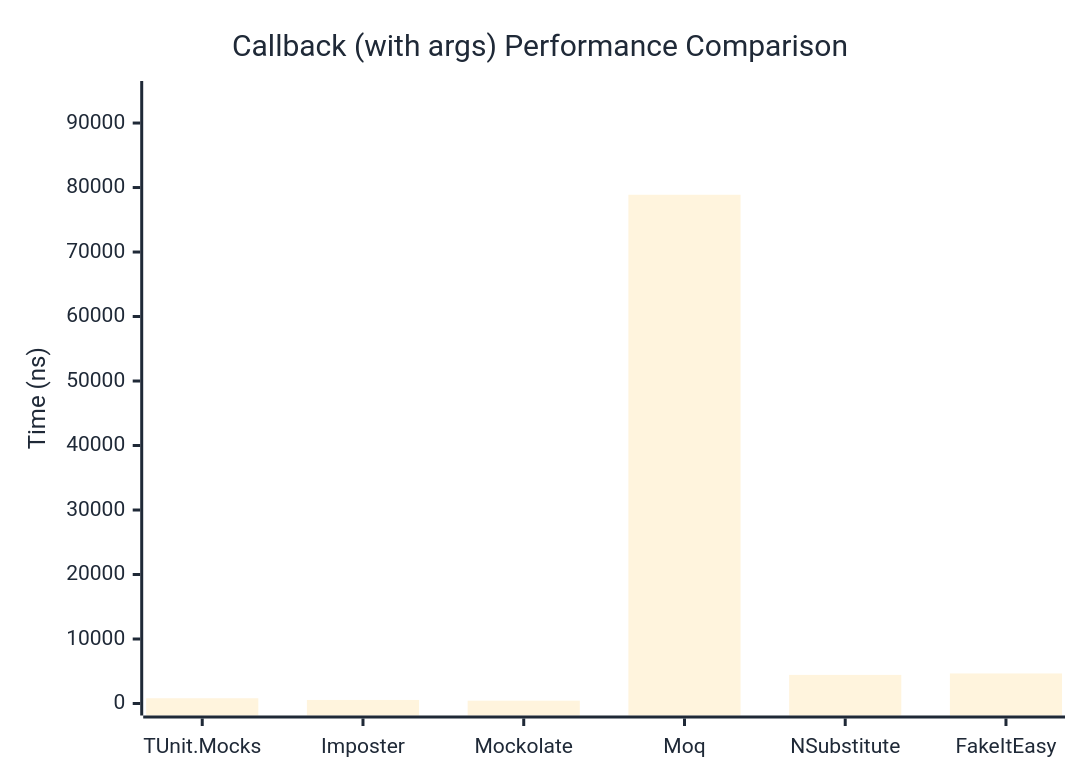
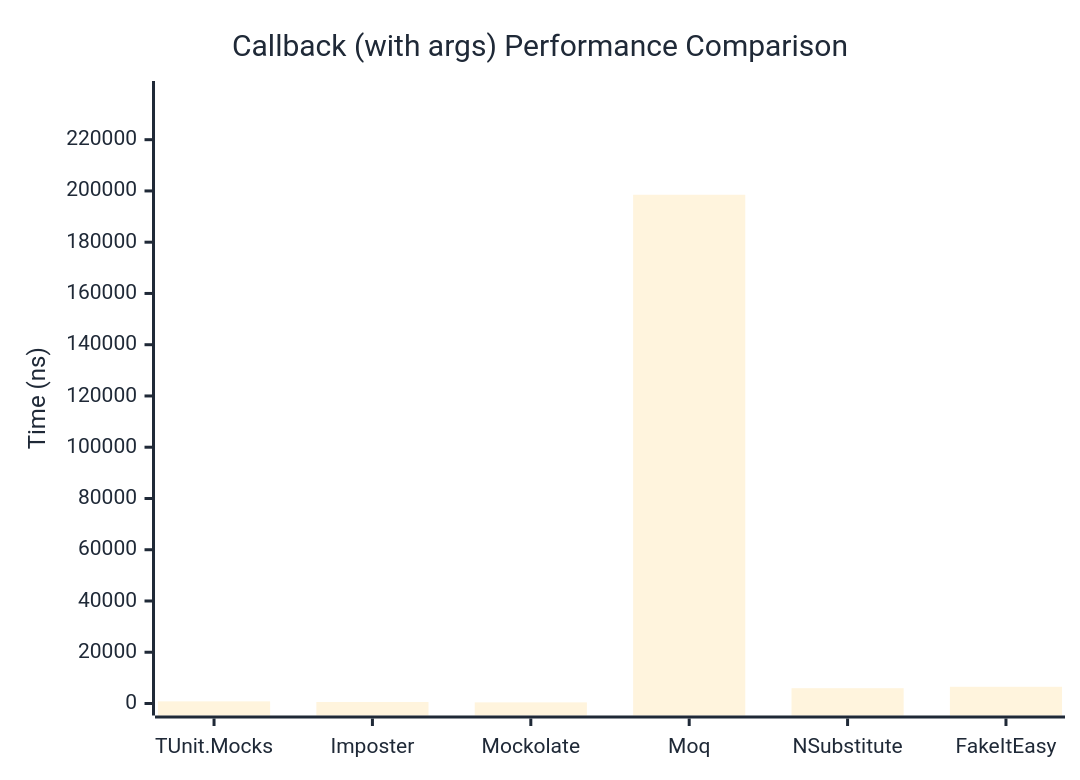
Before and after one commit to thomhurst/TUnit: the second of 2 diagrams in docs/docs/benchmarks/mocks/Callback.md, drawn with Mermaid. The commit also changed other lines of this file and 14 other files, not shown here.

````diff
--- a/docs/docs/benchmarks/mocks/Callback.md
+++ b/docs/docs/benchmarks/mocks/Callback.md
@@ -71,27 +71,27 @@
 ```mermaid
 %%{init: {
   'theme':'base',
   'themeVariables': {
     'primaryColor': '#2563eb',
     'primaryTextColor': '#1f2937',
     'primaryBorderColor': '#1e40af',
     'lineColor': '#6b7280',
     'secondaryColor': '#7c3aed',
     'tertiaryColor': '#dc2626',
     'background': '#ffffff',
     'pie1': '#2563eb',
     'pie2': '#7c3aed',
     'pie3': '#dc2626',
     'pie4': '#f59e0b',
     'pie5': '#10b981',
     'pie6': '#06b6d4',
     'pie7': '#ec4899',
     'pie8': '#6366f1'
   }
 }}%%
 xychart-beta
   title "Callback (with args) Performance Comparison"
   x-axis ["TUnit.Mocks", "Imposter", "Mockolate", "Moq", "NSubstitute", "FakeItEasy"]
-  y-axis "Time (ns)" 0 --> 94657
-  bar [814.6, 549.6, 437.5, 78880.2, 4434.1, 4661.7]
+  y-axis "Time (ns)" 0 --> 238215
+  bar [837.5, 575.9, 444.9, 198512.1, 5975.1, 6523.8]
 ```
````
